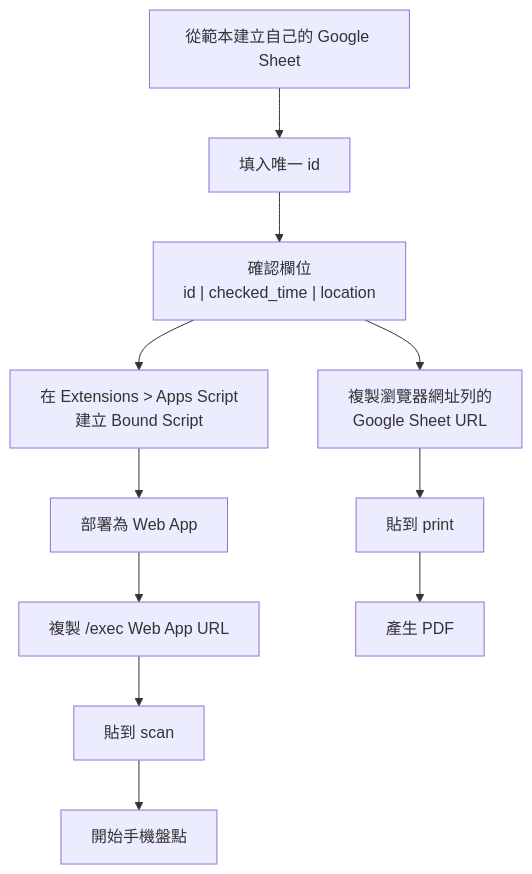
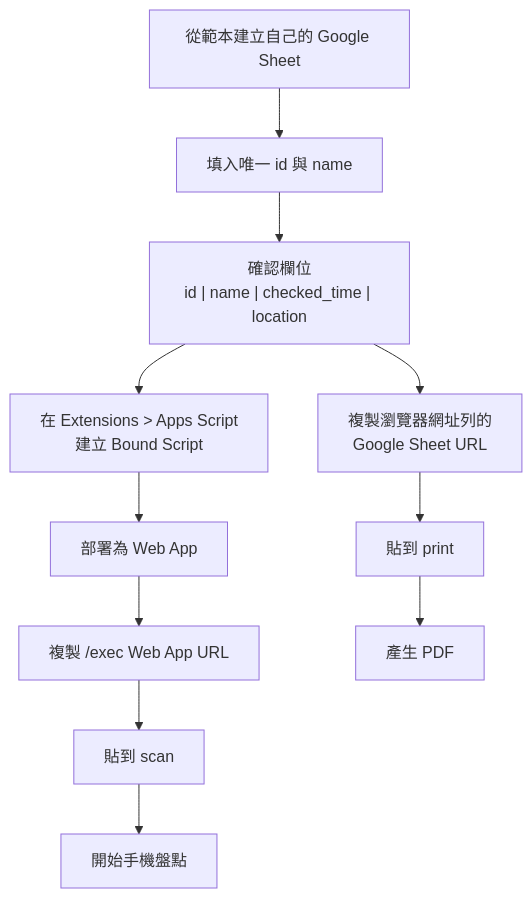
The second of 5 diagrams in docs/architecture.md (pulipulichen/Mobile-Inventory-Scanner), drawn with Mermaid before and after one commit. The commit also changed other lines of this file and 63 other files, not shown here.

````diff
--- a/docs/architecture.md
+++ b/docs/architecture.md
@@ -112,13 +117,13 @@
 ```mermaid
 flowchart TB
-    A["從範本建立自己的 Google Sheet"] --> B["填入唯一 id"]
-    B --> C["確認欄位<br/>id | checked_time | location"]
+    A["從範本建立自己的 Google Sheet"] --> B["填入唯一 id 與 name"]
+    B --> C["確認欄位<br/>id | name | checked_time | location"]
     C --> D["在 Extensions > Apps Script<br/>建立 Bound Script"]
     D --> E["部署為 Web App"]
     E --> F["複製 /exec Web App URL"]
     C --> G["複製瀏覽器網址列的<br/>Google Sheet URL"]
     G --> H["貼到 print"]
     F --> I["貼到 scan"]
     H --> J["產生 PDF"]
     I --> K["開始手機盤點"]
 ```
````
